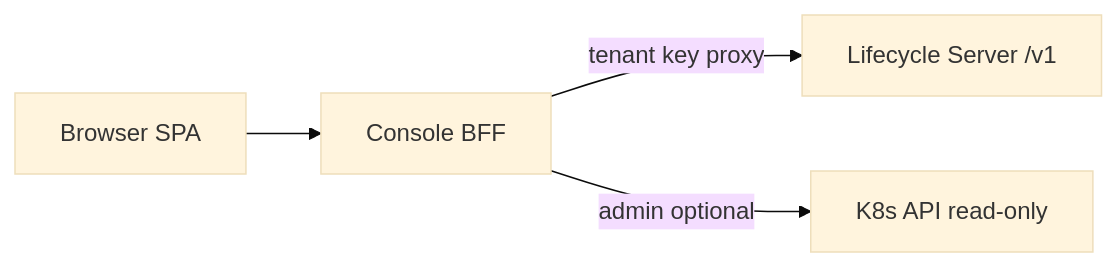
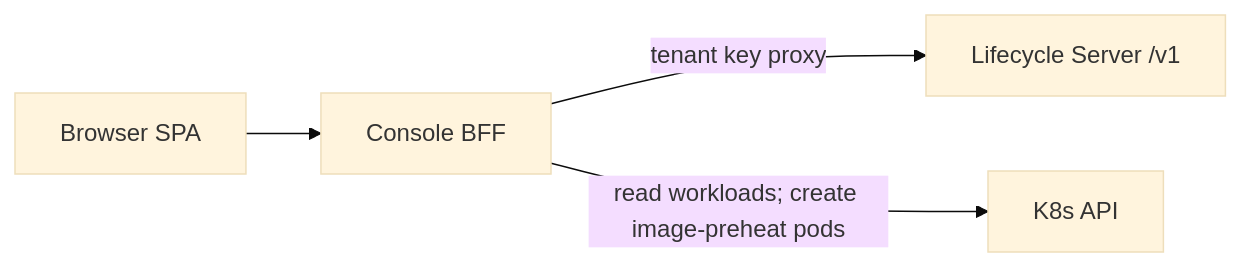
One commit to comqx/OpenSandbox changed the diagram in console/docs/01-architecture.md. Above: the diagram before and after it, drawn with Mermaid (base theme). The commit also changed 16 other files, not shown here.

First line of the commit message:
feat(console): node image preheat from catalog via BFF and K8s pull pods

````diff
--- a/console/docs/01-architecture.md
+++ b/console/docs/01-architecture.md
@@ -5,10 +5,10 @@
 ```mermaid
 flowchart LR
   Browser[Browser SPA]
   BFF[Console BFF]
   Life[Lifecycle Server /v1]
-  K8s[K8s API read-only]
+  K8s[K8s API]
   Browser --> BFF
   BFF -->|tenant key proxy| Life
-  BFF -->|admin optional| K8s
+  BFF -->|read workloads; create image-preheat pods| K8s
 ```
````
